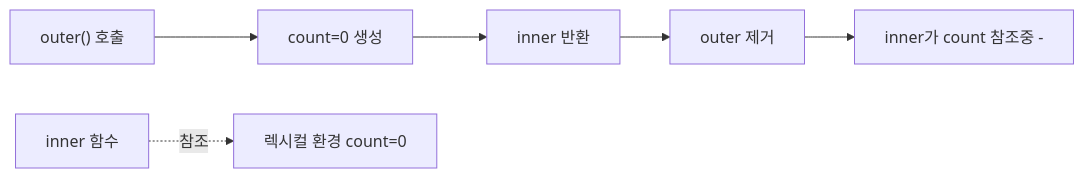
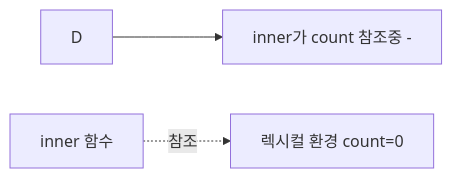
One commit to yjkim2015/yjkim2015.github.io changed the second of 8 diagrams in _posts/frontend/2026-05-02-js-closure.md. Above: the diagram before and after it, drawn with Mermaid. The commit also changed other lines of this file and 149 other files, not shown here.

First line of the commit message:
Mermaid 가독성 개선: 라벨 축약, 노드 축소, TD→LR 변환

````diff
--- a/_posts/frontend/2026-05-02-js-closure.md
+++ b/_posts/frontend/2026-05-02-js-closure.md
@@ -79,6 +79,5 @@
 ```mermaid
 flowchart LR
-    A["outer() 호출"] --> B["count=0 생성"] --> C["inner 반환"] --> D["outer 제거"]
     D --> F["inner가 count 참조중 -"]
     FN["inner 함수"] -.->|"참조"| ENV["렉시컬 환경 count=0"]
 ```
````
